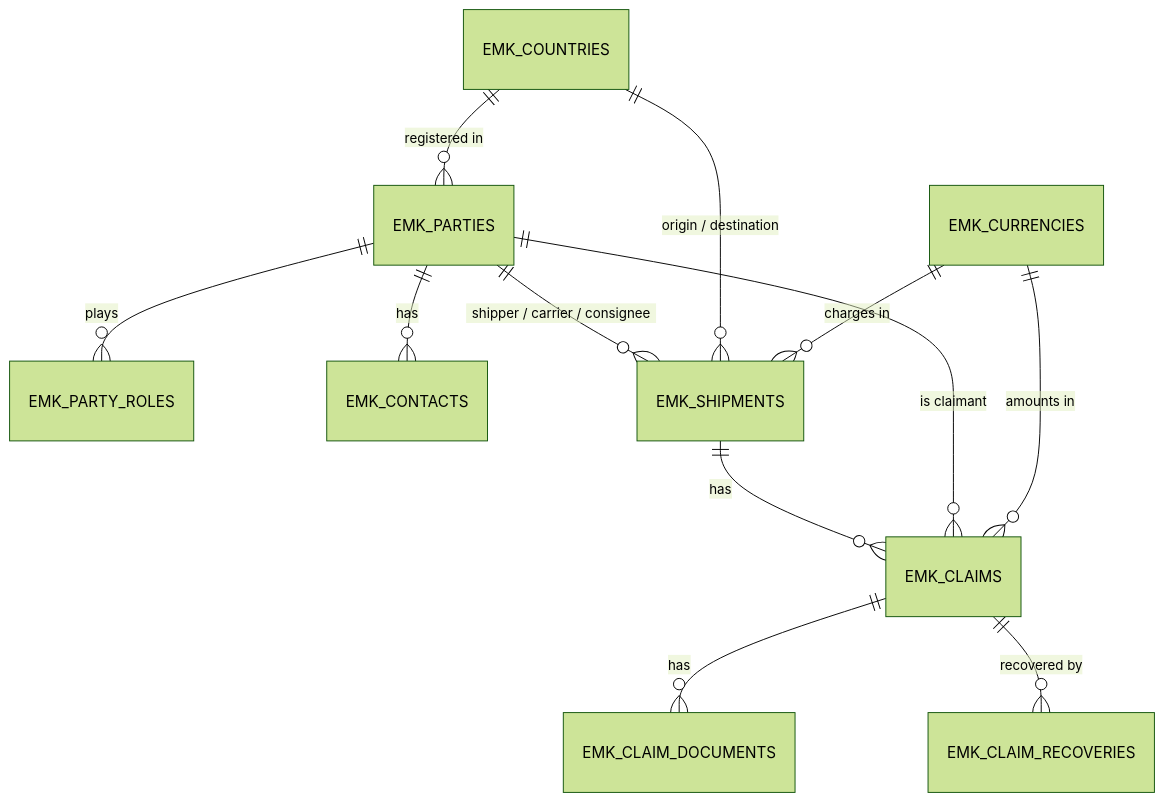
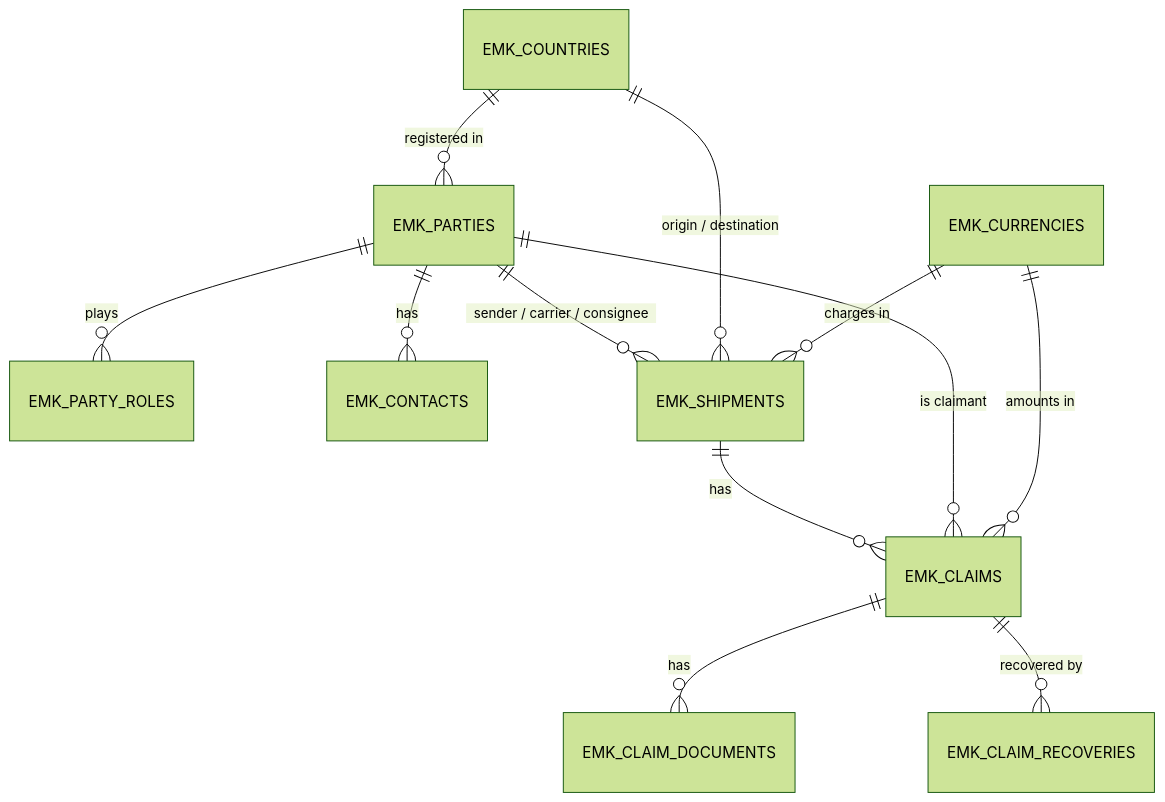
Before and after one commit to nmuller000/euromarket-claims-manager: the diagram in docs/design/data-model-operational.md, drawn with Mermaid (forest theme). The commit also changed other lines of this file and 7 other files, not shown here.

````diff
--- a/docs/design/data-model-operational.md
+++ b/docs/design/data-model-operational.md
@@ -16,14 +16,14 @@
 ```mermaid
 erDiagram
     EMK_PARTIES ||--o{ EMK_PARTY_ROLES : "plays"
     EMK_PARTIES ||--o{ EMK_CONTACTS : "has"
-    EMK_PARTIES ||--o{ EMK_SHIPMENTS : "shipper / carrier / consignee"
+    EMK_PARTIES ||--o{ EMK_SHIPMENTS : "sender / carrier / consignee"
     EMK_SHIPMENTS ||--o{ EMK_CLAIMS : "has"
     EMK_CLAIMS ||--o{ EMK_CLAIM_DOCUMENTS : "has"
     EMK_CLAIMS ||--o{ EMK_CLAIM_RECOVERIES : "recovered by"
     EMK_PARTIES ||--o{ EMK_CLAIMS : "is claimant"
     EMK_COUNTRIES ||--o{ EMK_PARTIES : "registered in"
     EMK_COUNTRIES ||--o{ EMK_SHIPMENTS : "origin / destination"
     EMK_CURRENCIES ||--o{ EMK_SHIPMENTS : "charges in"
     EMK_CURRENCIES ||--o{ EMK_CLAIMS : "amounts in"
 ```
````
